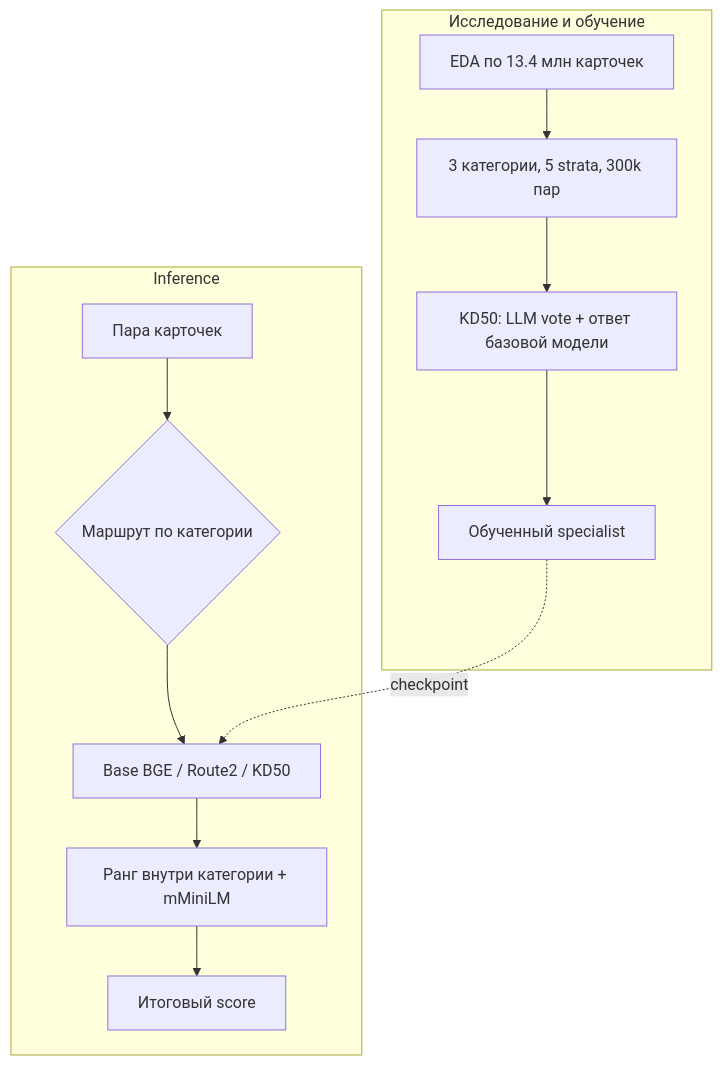
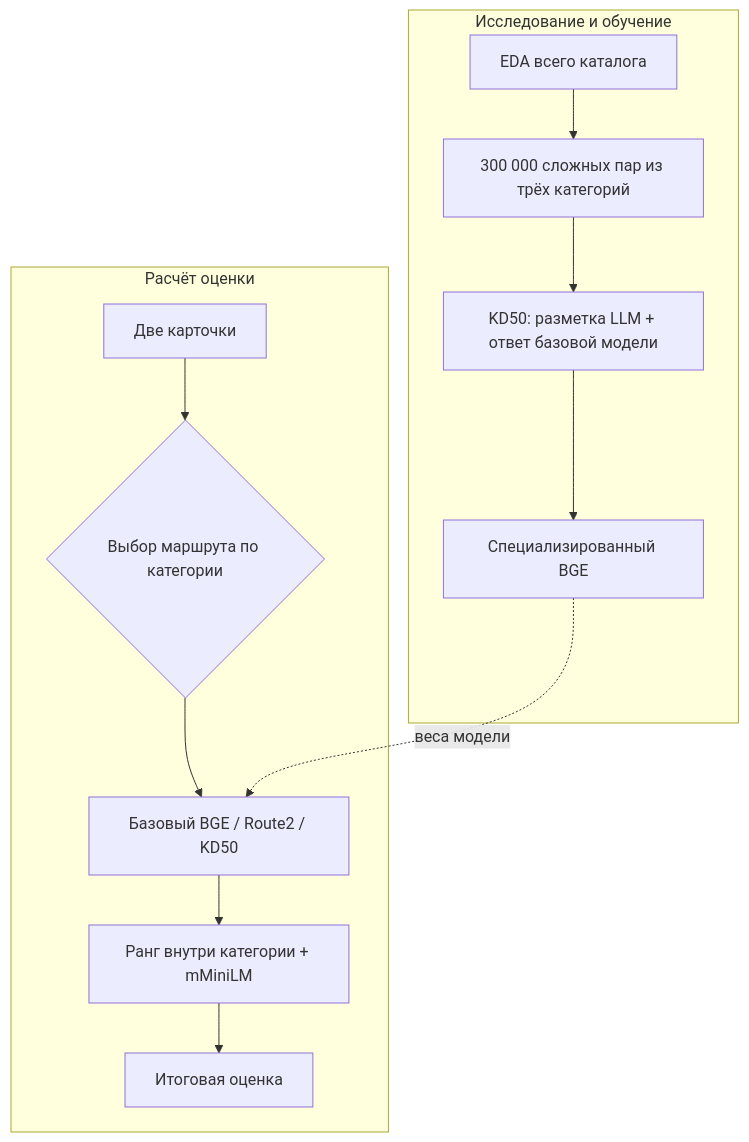
Before and after one commit to mariklolik/solution: the diagram in README.md, drawn with Mermaid. The commit also changed other lines of this file, not shown here.

````diff
--- a/README.md
+++ b/README.md
@@ -11,17 +13,17 @@
 ```mermaid
 flowchart TB
     subgraph R["Исследование и обучение"]
-        A["EDA по 13.4 млн карточек"] --> B["3 категории, 5 strata, 300k пар"]
-        B --> C["KD50: LLM vote + ответ базовой модели"]
-        C --> D["Обученный specialist"]
+        A["EDA всего каталога"] --> B["300 000 сложных пар из трёх категорий"]
+        B --> C["KD50: разметка LLM + ответ базовой модели"]
+        C --> D["Специализированный BGE"]
     end
 
-    subgraph I["Inference"]
-        E["Пара карточек"] --> F{"Маршрут по категории"}
-        F --> G["Base BGE / Route2 / KD50"]
+    subgraph I["Расчёт оценки"]
+        E["Две карточки"] --> F{"Выбор маршрута по категории"}
+        F --> G["Базовый BGE / Route2 / KD50"]
         G --> H["Ранг внутри категории + mMiniLM"]
-        H --> J["Итоговый score"]
+        H --> J["Итоговая оценка"]
     end
 
-    D -. "checkpoint" .-> G
+    D -. "веса модели" .-> G
 ```
````
